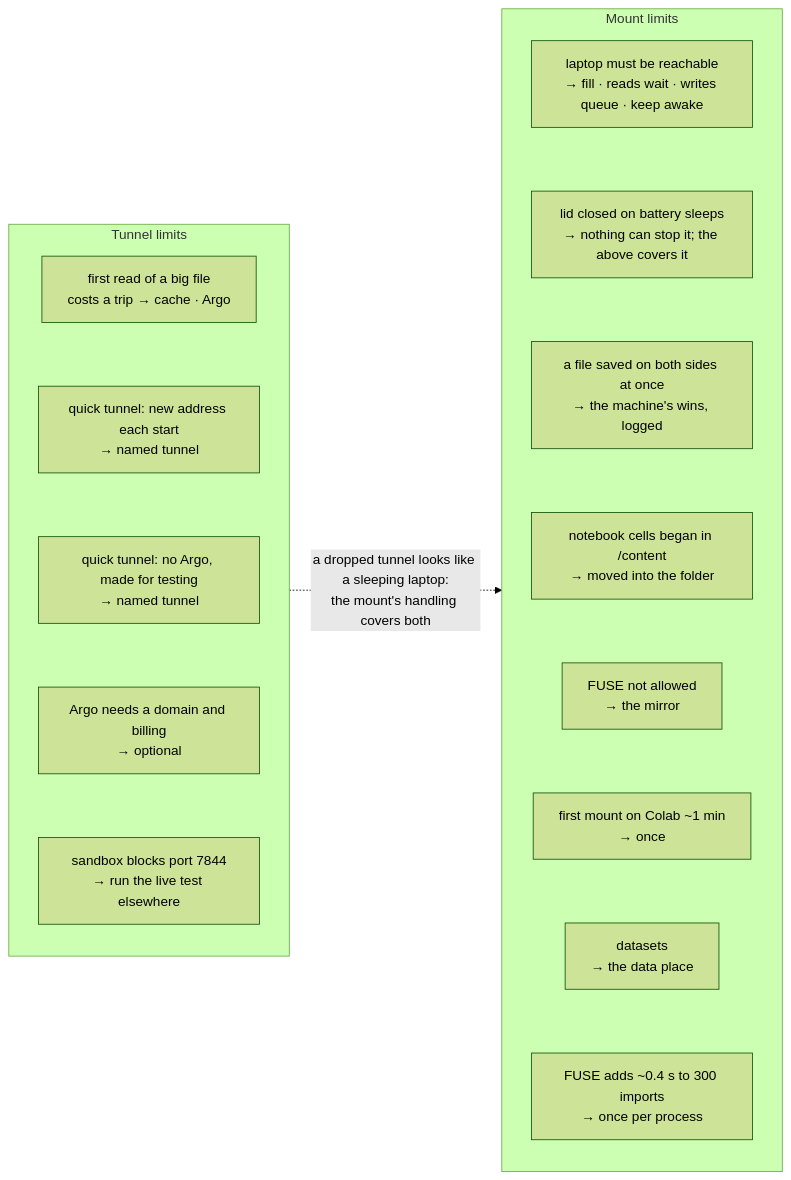
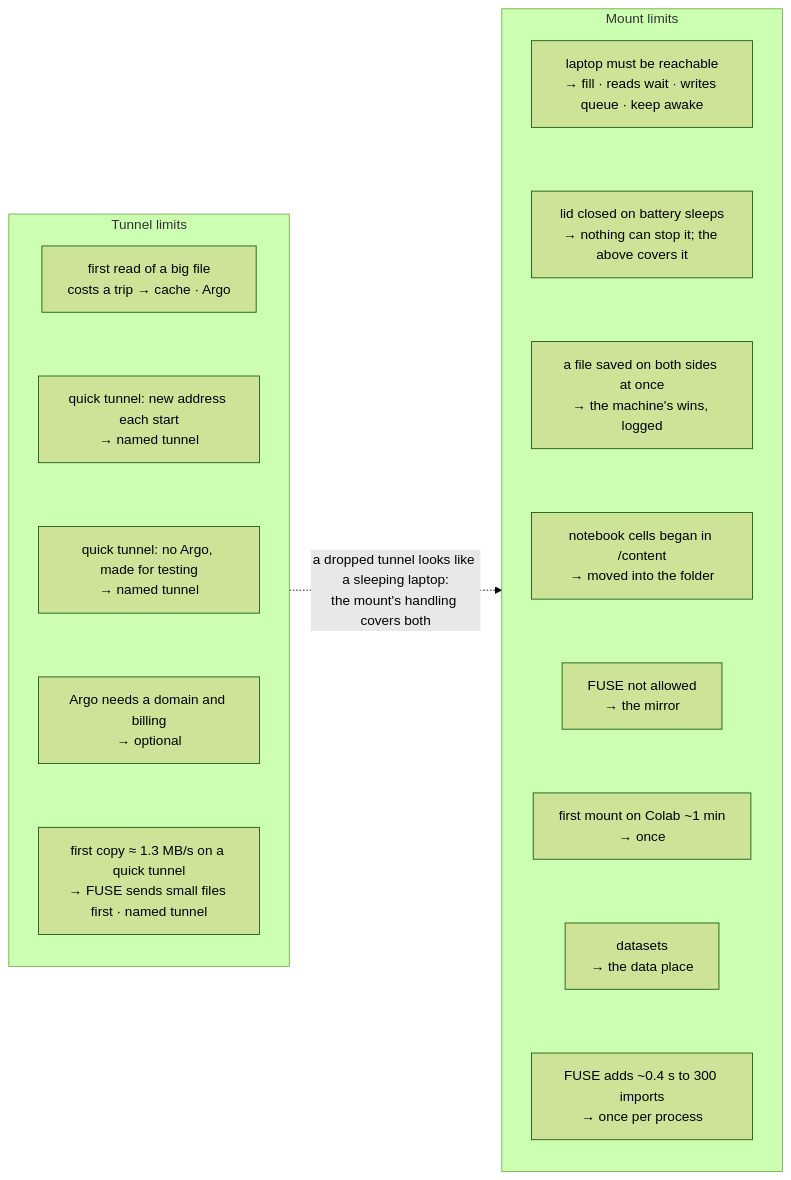
Before and after one commit to saurav717/reader: the seventh of 7 diagrams in docs/compute-mount-process.md, drawn with Mermaid (forest theme). The commit also changed other lines of this file and 6 other files, not shown here.

````diff
--- a/docs/compute-mount-process.md
+++ b/docs/compute-mount-process.md
@@ -270,25 +317,25 @@
 ```mermaid
 flowchart LR
   subgraph M["Mount limits"]
     direction TB
     m1["laptop must be reachable<br/>→ fill · reads wait · writes queue · keep awake"]
     m2["lid closed on battery sleeps<br/>→ nothing can stop it; the above covers it"]
     m3["a file saved on both sides at once<br/>→ the machine's wins, logged"]
     m4["notebook cells began in /content<br/>→ moved into the folder"]
     m5["FUSE not allowed<br/>→ the mirror"]
     m6["first mount on Colab ~1 min<br/>→ once"]
     m7["datasets<br/>→ the data place"]
     m8["FUSE adds ~0.4 s to 300 imports<br/>→ once per process"]
     m1 ~~~ m2 ~~~ m3 ~~~ m4 ~~~ m5 ~~~ m6 ~~~ m7 ~~~ m8
   end
   subgraph T["Tunnel limits"]
     direction TB
     t1["first read of a big file<br/>costs a trip → cache · Argo"]
     t2["quick tunnel: new address each start<br/>→ named tunnel"]
     t3["quick tunnel: no Argo, made for testing<br/>→ named tunnel"]
     t4["Argo needs a domain and billing<br/>→ optional"]
-    t5["sandbox blocks port 7844<br/>→ run the live test elsewhere"]
+    t5["first copy ≈ 1.3 MB/s on a quick tunnel<br/>→ FUSE sends small files first · named tunnel"]
     t1 ~~~ t2 ~~~ t3 ~~~ t4 ~~~ t5
   end
   T -. "a dropped tunnel looks like a sleeping laptop:<br/>the mount's handling covers both" .-> M
 ```
````
